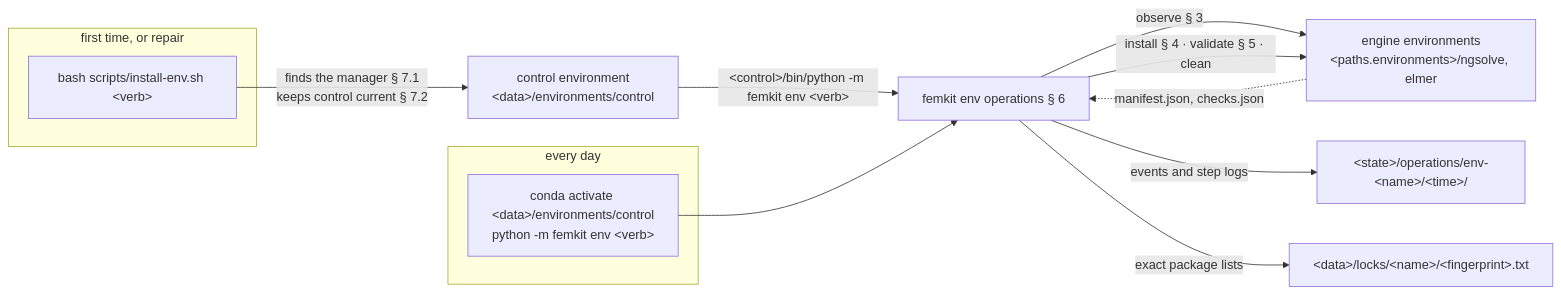
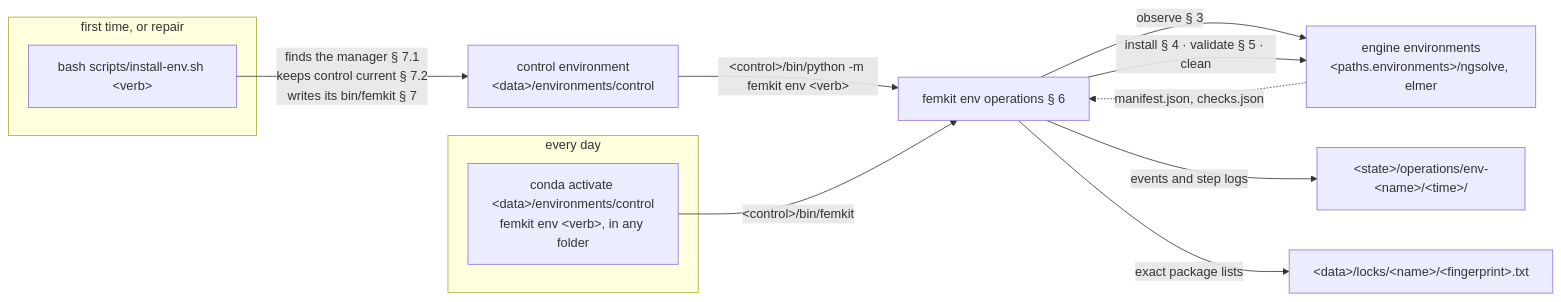
The first of 11 diagrams in docs/contracts/envs.md (Qing-LAB/femkit), drawn with Mermaid before and after one commit. The commit also changed other lines of this file and 142 other files, not shown here.

````diff
--- a/docs/contracts/envs.md
+++ b/docs/contracts/envs.md
@@ -26,17 +26,17 @@
 ```mermaid
 flowchart LR
     subgraph shell["first time, or repair"]
         S["bash scripts/install-env.sh &lt;verb&gt;"]
     end
     subgraph daily["every day"]
-        A["conda activate &lt;data&gt;/environments/control<br/>python -m femkit env &lt;verb&gt;"]
+        A["conda activate &lt;data&gt;/environments/control<br/>femkit env &lt;verb&gt;, in any folder"]
     end
-    S -->|"finds the manager § 7.1<br/>keeps control current § 7.2"| C["control environment<br/>&lt;data&gt;/environments/control"]
+    S -->|"finds the manager § 7.1<br/>keeps control current § 7.2<br/>writes its bin/femkit § 7"| C["control environment<br/>&lt;data&gt;/environments/control"]
     C -->|"&lt;control&gt;/bin/python -m femkit env &lt;verb&gt;"| F["femkit env operations § 6"]
-    A --> F
+    A -->|"&lt;control&gt;/bin/femkit"| F
     F -->|"observe § 3"| E["engine environments<br/>&lt;paths.environments&gt;/ngsolve, elmer"]
     F -->|"install § 4 · validate § 5 · clean"| E
     F -->|"events and step logs"| L["&lt;state&gt;/operations/env-&lt;name&gt;/&lt;time&gt;/"]
     F -->|"exact package lists"| K["&lt;data&gt;/locks/&lt;name&gt;/&lt;fingerprint&gt;.txt"]
     E -.->|"manifest.json, checks.json"| F
 ```
````
